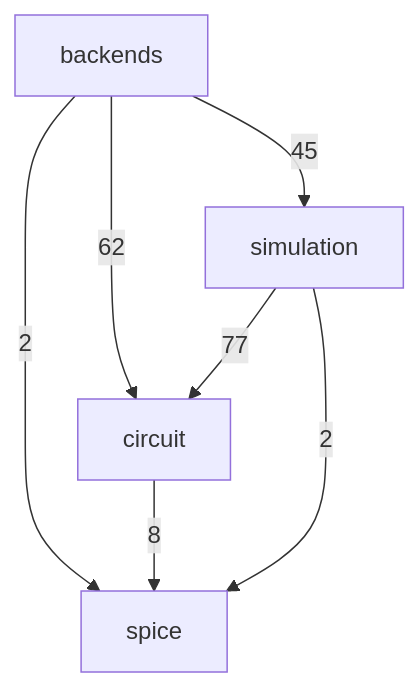
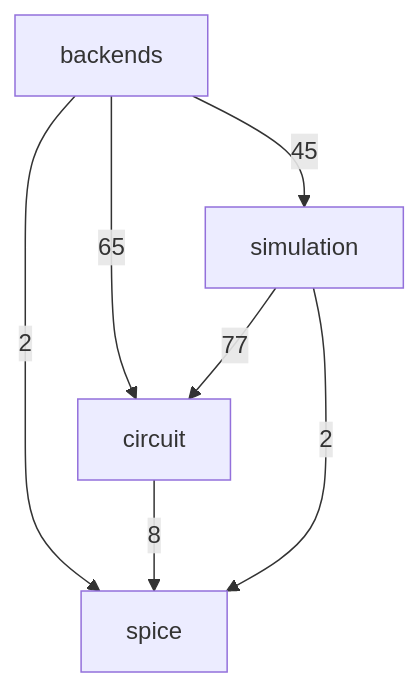
Before and after one commit to ronnymilleo/imcsim: the second of 3 diagrams in docs/architecture.md, drawn with Mermaid. The commit also changed 41 other files, not shown here.

````diff
--- a/docs/architecture.md
+++ b/docs/architecture.md
@@ -33,13 +33,13 @@
 ```mermaid
 flowchart TD
     app_core_spice[spice]
     app_core_circuit[circuit]
     app_core_simulation[simulation]
     app_core_backends[backends]
-    app_core_backends -->|62| app_core_circuit
+    app_core_backends -->|65| app_core_circuit
     app_core_backends -->|45| app_core_simulation
     app_core_backends -->|2| app_core_spice
     app_core_circuit -->|8| app_core_spice
     app_core_simulation -->|77| app_core_circuit
     app_core_simulation -->|2| app_core_spice
 ```
````
